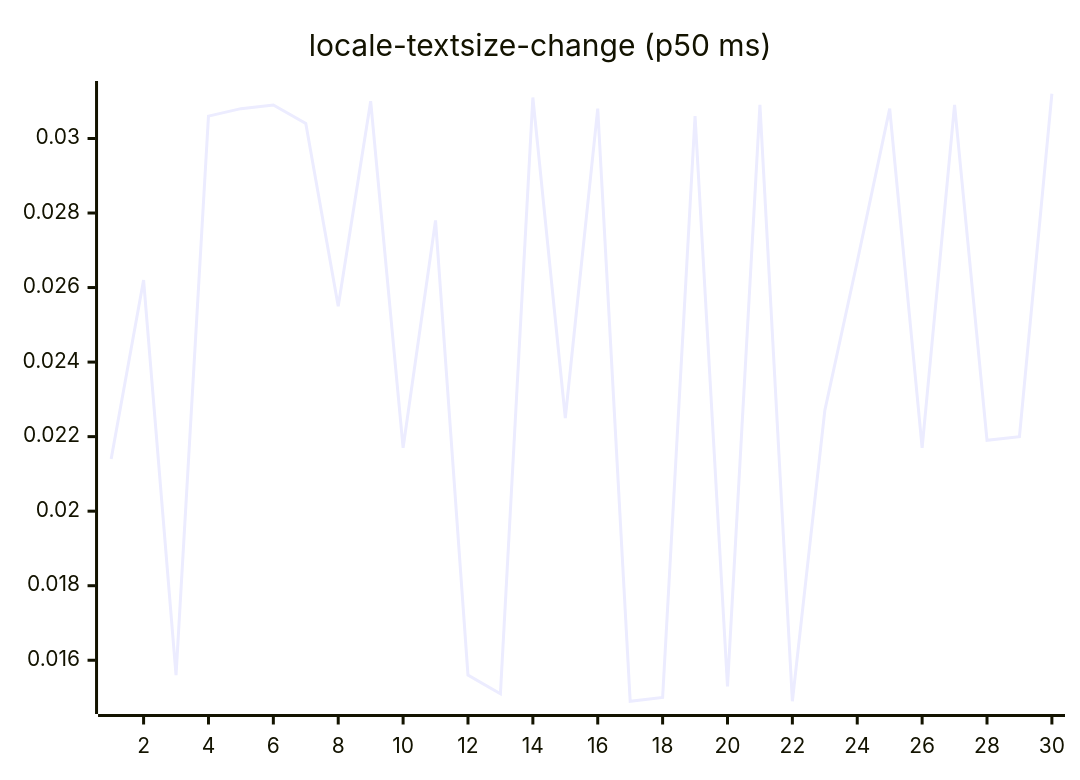
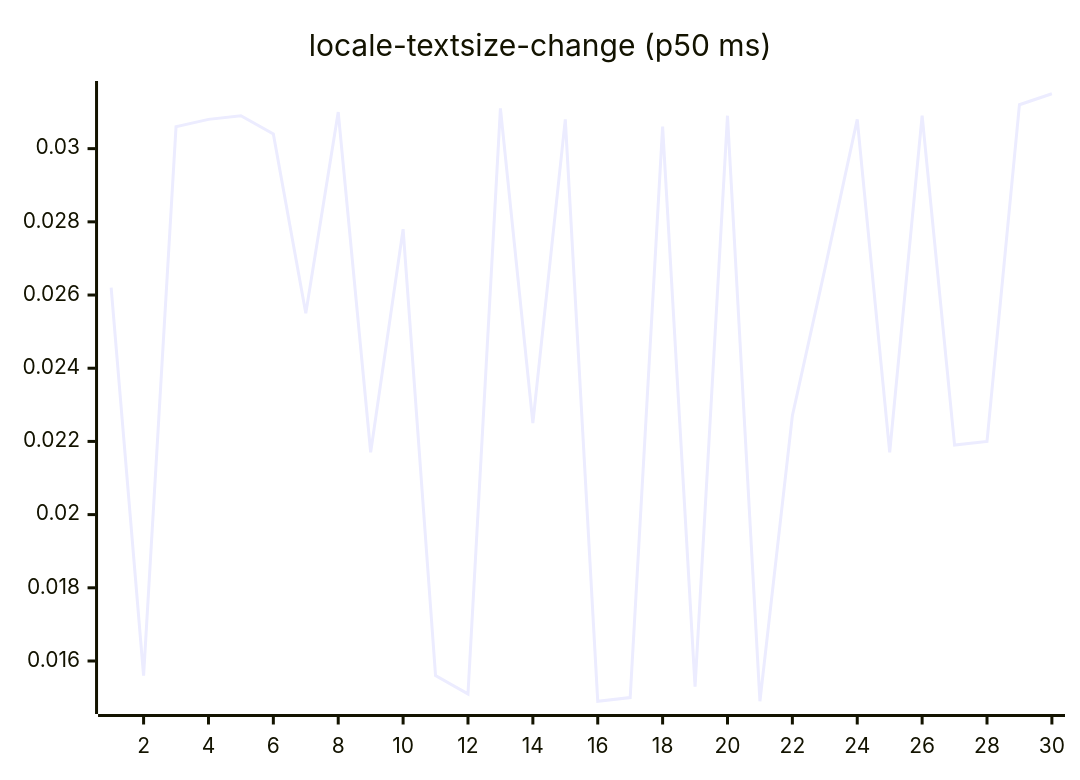
Before and after one commit to josha/Facet: diagram 13 of 27 in README.md, drawn with Mermaid. The commit also changed other lines of this file and 2 other files, not shown here.

````diff
--- a/README.md
+++ b/README.md
@@ -147,6 +147,6 @@
 ```mermaid
 xychart-beta
     title "locale-textsize-change (p50 ms)"
     x-axis 1 --> 30
-    line [0.0214, 0.0262, 0.0156, 0.0306, 0.0308, 0.0309, 0.0304, 0.0255, 0.0310, 0.0217, 0.0278, 0.0156, 0.0151, 0.0311, 0.0225, 0.0308, 0.0149, 0.0150, 0.0306, 0.0153, 0.0309, 0.0149, 0.0227, 0.0267, 0.0308, 0.0217, 0.0309, 0.0219, 0.0220, 0.0312]
+    line [0.0262, 0.0156, 0.0306, 0.0308, 0.0309, 0.0304, 0.0255, 0.0310, 0.0217, 0.0278, 0.0156, 0.0151, 0.0311, 0.0225, 0.0308, 0.0149, 0.0150, 0.0306, 0.0153, 0.0309, 0.0149, 0.0227, 0.0267, 0.0308, 0.0217, 0.0309, 0.0219, 0.0220, 0.0312, 0.0315]
 ```
````
